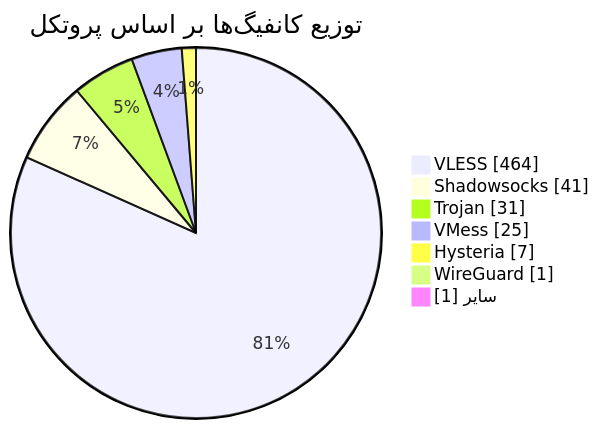
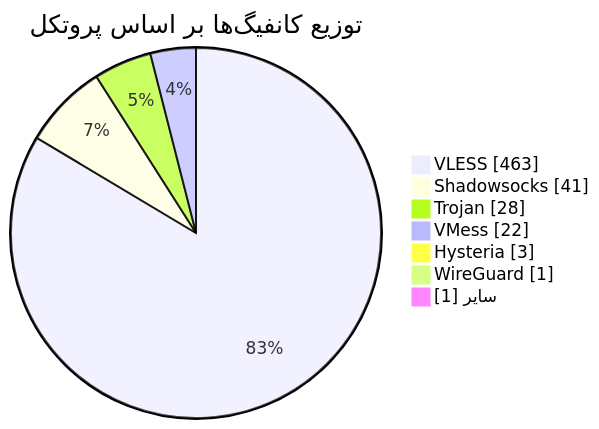
One commit to Arian-Alijani/Somthing changed the diagram in README.md. Above: the diagram before and after it, drawn with Mermaid. The commit also changed other lines of this file and 93 other files, not shown here.

````diff
--- a/README.md
+++ b/README.md
@@ -49,11 +49,11 @@
 ```mermaid
 pie showData
     title توزیع کانفیگ‌ها بر اساس پروتکل
-    "VLESS" : 464
+    "VLESS" : 463
     "Shadowsocks" : 41
-    "Trojan" : 31
-    "VMess" : 25
-    "Hysteria" : 7
+    "Trojan" : 28
+    "VMess" : 22
+    "Hysteria" : 3
     "WireGuard" : 1
     "سایر" : 1
 ```
````
